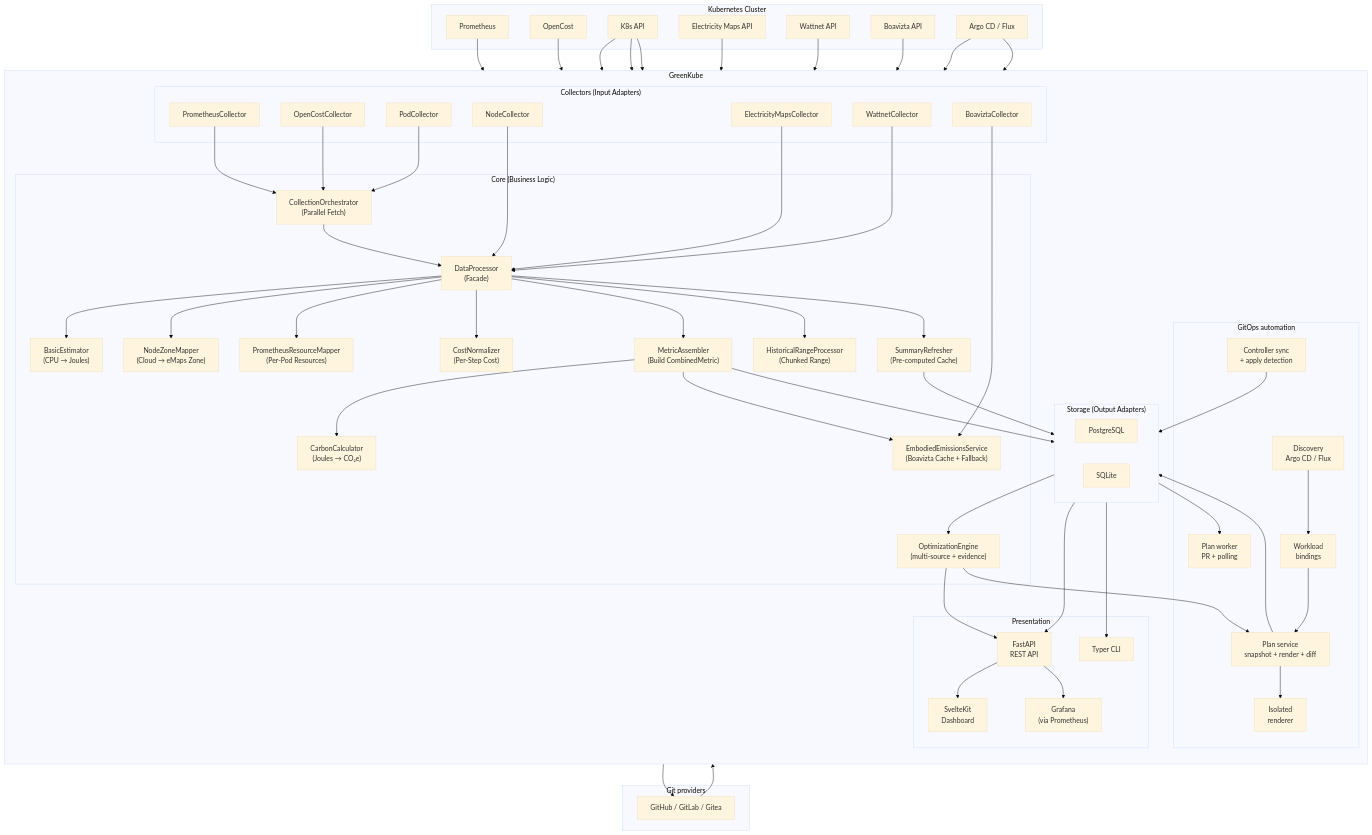
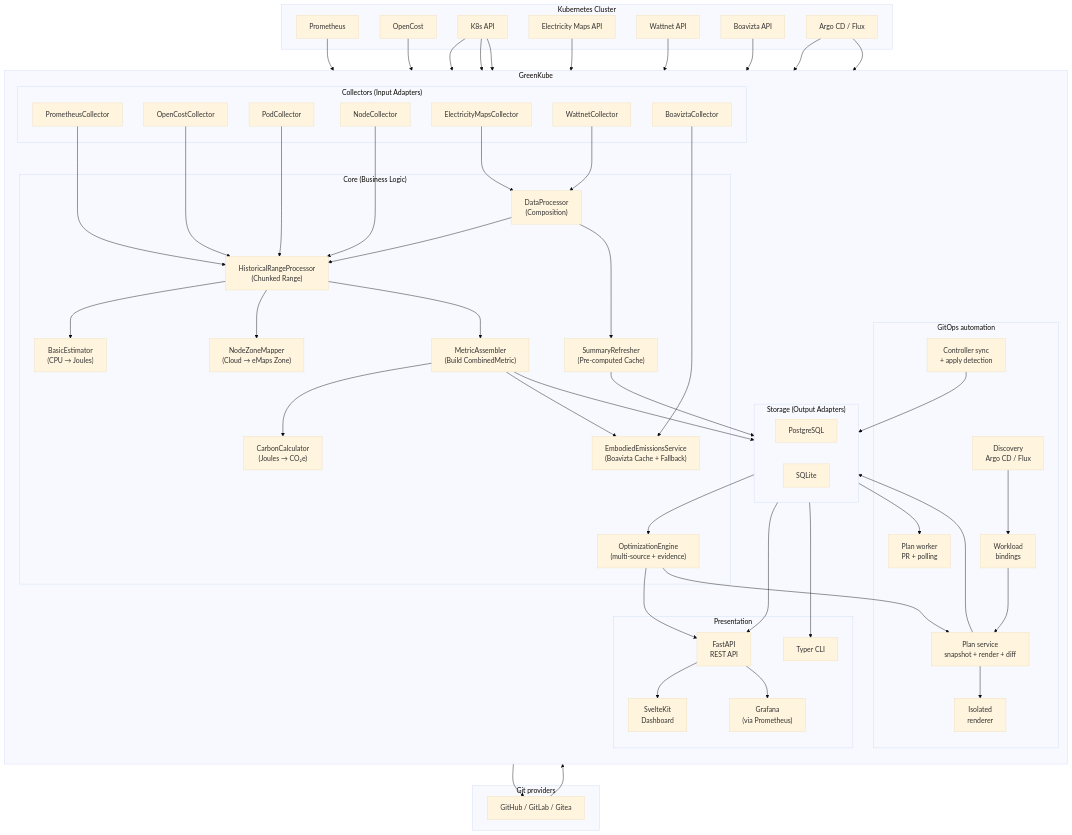
The diagram in docs/architecture.md (GreenKubeCloud/GreenKube), drawn with Mermaid (base theme) before and after one commit. The commit also changed other lines of this file and 6 other files, not shown here.

```diff
--- a/docs/architecture.md
+++ b/docs/architecture.md
@@ -42,14 +42,11 @@
         end
 
         subgraph Core["Core (Business Logic)"]
-            DP["DataProcessor<br/>(Facade)"]
-            CO["CollectionOrchestrator<br/>(Parallel Fetch)"]
+            DP["DataProcessor<br/>(Composition)"]
             Est["BasicEstimator<br/>(CPU → Joules)"]
             Calc["CarbonCalculator<br/>(Joules → CO₂e)"]
             MA["MetricAssembler<br/>(Build CombinedMetric)"]
             NZM["NodeZoneMapper<br/>(Cloud → eMaps Zone)"]
-            PRM["PrometheusResourceMapper<br/>(Per-Pod Resources)"]
-            CN["CostNormalizer<br/>(Per-Step Cost)"]
             ESvc["EmbodiedEmissionsService<br/>(Boavizta Cache + Fallback)"]
             SR["SummaryRefresher<br/>(Pre-computed Cache)"]
             HRP["HistoricalRangeProcessor<br/>(Chunked Range)"]
@@ -86,23 +83,19 @@
     WN --> WNC
     Boavizta --> BC
 
-    PC --> CO
-    OCC --> CO
-    PodC --> CO
-    NC --> DP
-
-    CO --> DP
+    PC --> HRP
+    OCC --> HRP
+    PodC --> HRP
+    NC --> HRP
     EMC --> DP
     WNC --> DP
     BC --> ESvc
 
-    DP --> Est
-    DP --> NZM
-    DP --> PRM
-    DP --> CN
-    DP --> MA
     DP --> HRP
     DP --> SR
+    HRP --> Est
+    HRP --> NZM
+    HRP --> MA
 
     MA --> Calc
     MA --> ESvc
```
